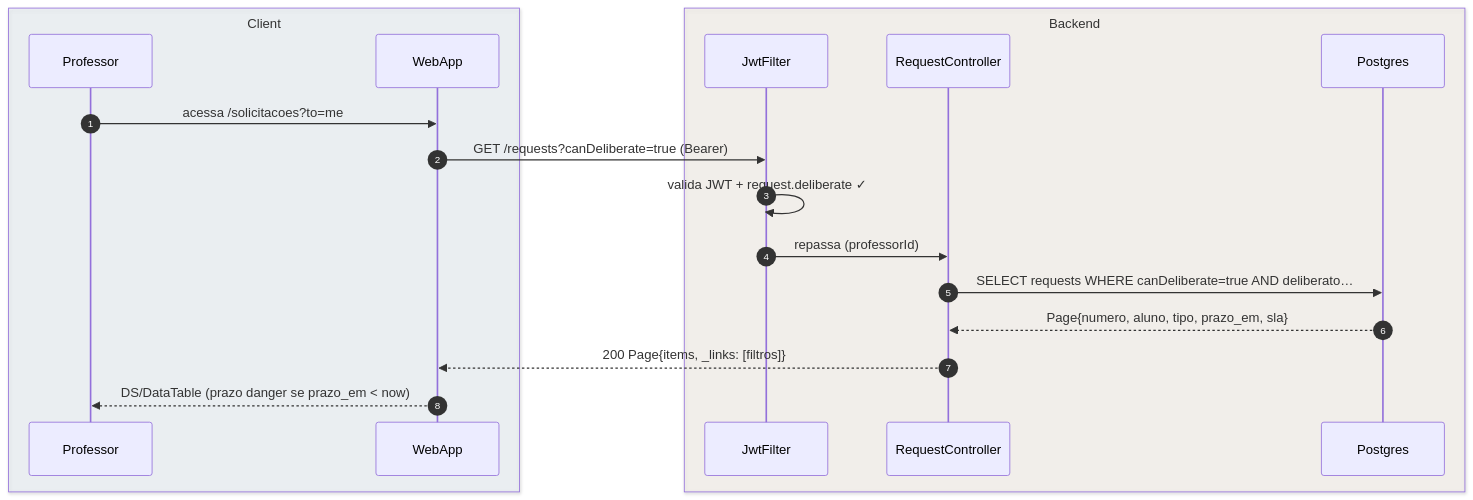
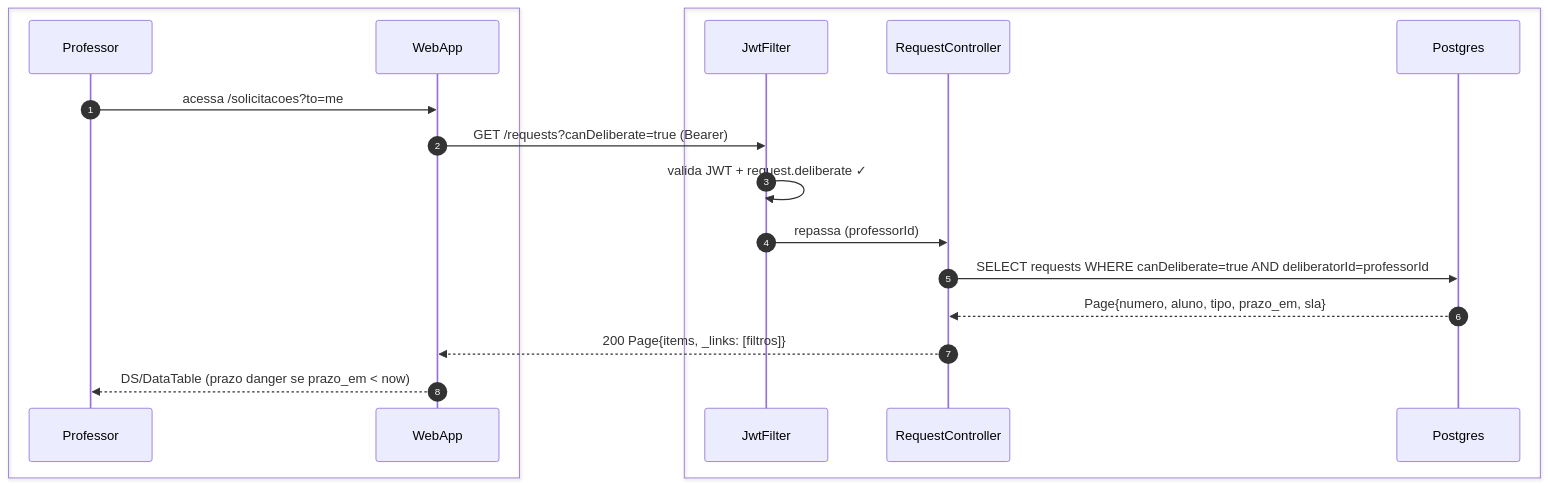
The first of 6 diagrams in foundationDocs/sequenceDiagrams/F3 — Professor/US-F3-003-DELIBERAR-SOLICITACOES.md (umishell/secretariaOnline2), drawn with Mermaid before and after one commit. The commit also changed other lines of this file and 70 other files, not shown here.

First line of the commit message:
Enhance database documentation and introduce new schema files

````diff
--- a/foundationDocs/sequenceDiagrams/F3 — Professor/US-F3-003-DELIBERAR-SOLICITACOES.md
+++ b/foundationDocs/sequenceDiagrams/F3 — Professor/US-F3-003-DELIBERAR-SOLICITACOES.md
@@ -56,22 +56,22 @@
 ```mermaid
 sequenceDiagram
     autonumber
-    box rgba(230,245,255,0.3) Client
+    box #e8f4fc Cliente
         participant Professor
         participant WebApp
     end
-    box rgba(255,245,230,0.3) Backend
+    box #fff8ee Servidor
         participant JwtFilter
         participant RequestController
         participant Postgres
     end
 
     Professor->>WebApp: acessa /solicitacoes?to=me
     WebApp->>JwtFilter: GET /requests?canDeliberate=true (Bearer)
     JwtFilter->>JwtFilter: valida JWT + request.deliberate ✓
     JwtFilter->>RequestController: repassa (professorId)
-    RequestController->>Postgres: SELECT requests WHERE canDeliberate=true AND deliberato…
+    RequestController->>Postgres: SELECT requests WHERE canDeliberate=true AND deliberatorId=professorId
     Postgres-->>RequestController: Page{numero, aluno, tipo, prazo_em, sla}
     RequestController-->>WebApp: 200 Page{items, _links: [filtros]}
     WebApp-->>Professor: DS/DataTable (prazo danger se prazo_em < now)
 ```
````
